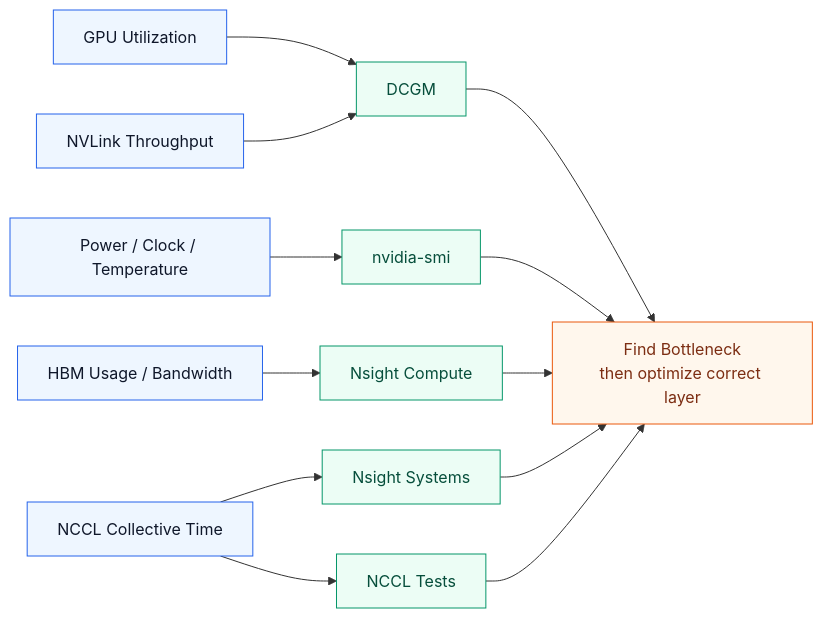
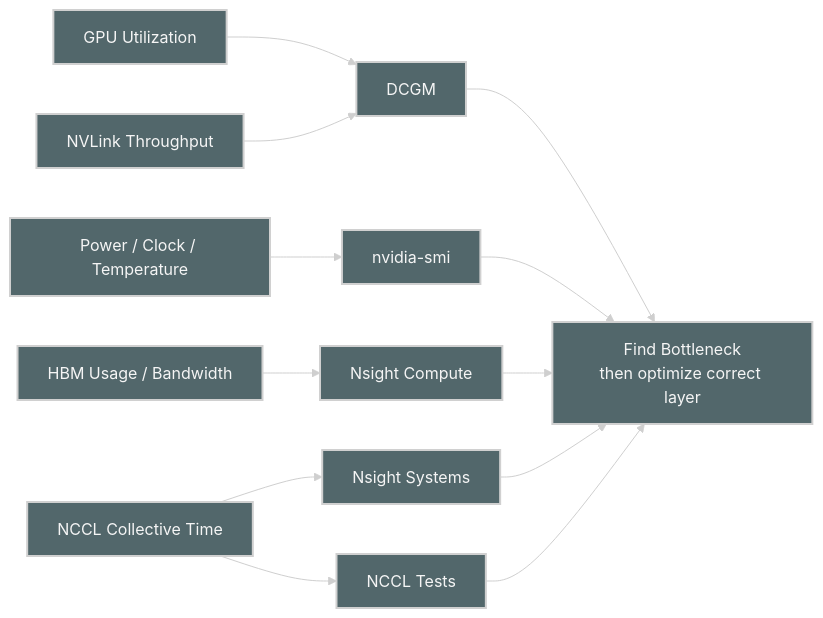
Diagram 15 of 15 in ai-system-performance-engineering/chap02/README.md (ziwon/ai-data-center-network), drawn with Mermaid before and after one commit. The commit also changed other lines of this file and 35 other files, not shown here.

Commit message:
docs(mermaid): apply dark diagram style

````diff
--- a/ai-system-performance-engineering/chap02/README.md
+++ b/ai-system-performance-engineering/chap02/README.md
@@ -794,33 +808,34 @@
 ```mermaid
+%%{init: {"theme": "base", "themeVariables": {"background": "#171717", "primaryColor": "#232323", "primaryTextColor": "#f5f5f5", "primaryBorderColor": "#d0d0d0", "lineColor": "#cfcfcf", "fontFamily": "Inter, Arial, sans-serif"}}}%%
 flowchart LR
-    classDef metric fill:#eef6ff,stroke:#2563eb,color:#0f172a
-    classDef tool fill:#ecfdf5,stroke:#059669,color:#064e3b
-    classDef action fill:#fff7ed,stroke:#ea580c,color:#7c2d12
+    classDef metric fill:#52676b,stroke:#d0d0d0,color:#f5f5f5,stroke-width:2px;
+    classDef tool fill:#52676b,stroke:#d0d0d0,color:#f5f5f5,stroke-width:2px;
+    classDef action fill:#52676b,stroke:#d0d0d0,color:#f5f5f5,stroke-width:2px;
 
     M1[GPU Utilization]:::metric
     M2[HBM Usage / Bandwidth]:::metric
     M3[NVLink Throughput]:::metric
     M4[Power / Clock / Temperature]:::metric
     M5[NCCL Collective Time]:::metric
 
     T1[DCGM]:::tool
     T2[nvidia-smi]:::tool
     T3[Nsight Systems]:::tool
     T4[Nsight Compute]:::tool
     T5[NCCL Tests]:::tool
 
     A[Find Bottleneck<br/>then optimize correct layer]:::action
 
     M1 --> T1
     M2 --> T4
     M3 --> T1
     M4 --> T2
     M5 --> T3
     M5 --> T5
 
     T1 --> A
     T2 --> A
     T3 --> A
     T4 --> A
     T5 --> A
 ```
````
